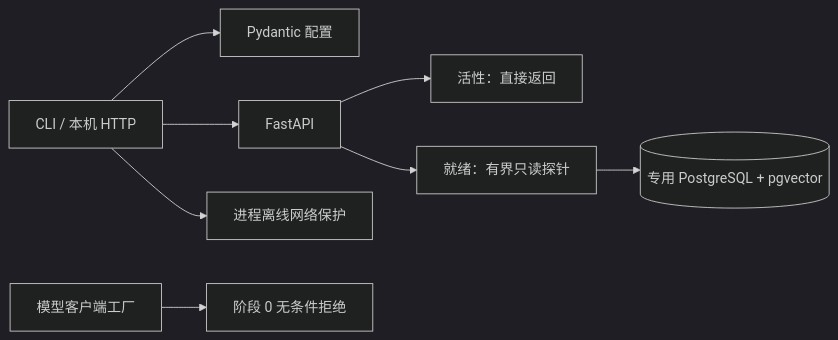
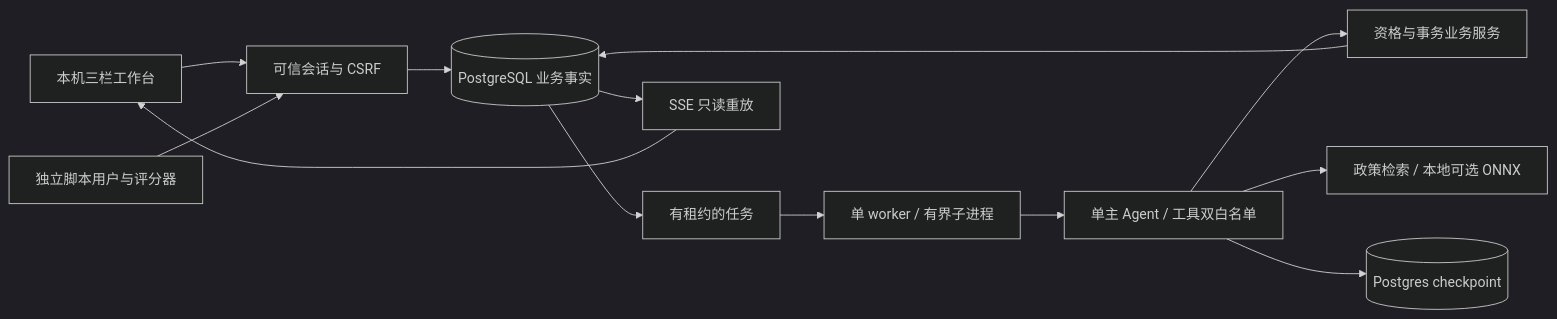
Before and after one commit to gehanyang706-afk/aftercare-agent-workbench: the diagram in docs/architecture.md, drawn with Mermaid (dark theme). The commit also changed other lines of this file and 42 other files, not shown here.

````diff
--- a/docs/architecture.md
+++ b/docs/architecture.md
@@ -6,10 +6,15 @@
 ```mermaid
 flowchart LR
-  C[CLI / 本机 HTTP] --> S[Pydantic 配置]
-  C --> A[FastAPI]
-  A --> L[活性：直接返回]
-  A --> R[就绪：有界只读探针]
-  R --> D[(专用 PostgreSQL + pgvector)]
-  C --> G[进程离线网络保护]
-  M[模型客户端工厂] --> X[阶段 0 无条件拒绝]
+  UI[本机三栏工作台] --> API[可信会话与 CSRF]
+  API --> DB[(PostgreSQL 业务事实)]
+  DB --> J[有租约的任务]
+  J --> W[单 worker / 有界子进程]
+  W --> G[单主 Agent / 工具双白名单]
+  G --> S[资格与事务业务服务]
+  G --> R[政策检索 / 本地可选 ONNX]
+  G --> CP[(Postgres checkpoint)]
+  S --> DB
+  DB --> E[SSE 只读重放]
+  E --> UI
+  U[独立脚本用户与评分器] --> API
 ```
````
